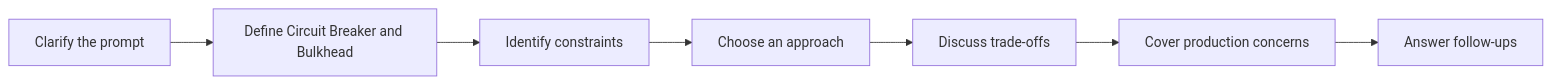
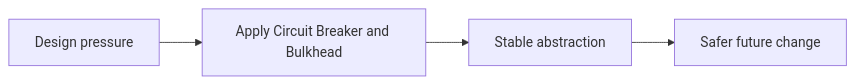
The fourth of 4 diagrams in fundamentals/patterns/circuit-breaker/index.md (abstractinterviews/abstractinterviews.github.io), drawn with Mermaid before and after one commit. The commit also changed other lines of this file and 278 other files, not shown here.

````diff
--- a/fundamentals/patterns/circuit-breaker/index.md
+++ b/fundamentals/patterns/circuit-breaker/index.md
@@ -96,9 +139,6 @@
-~~~mermaid
+```mermaid
 flowchart LR
-    A["Clarify the prompt"] --> B["Define Circuit Breaker and Bulkhead"]
-    B --> C["Identify constraints"]
-    C --> D["Choose an approach"]
-    D --> E["Discuss trade-offs"]
-    E --> F["Cover production concerns"]
-    F --> G["Answer follow-ups"]
-~~~
+    Smell["Design pressure"] --> Pattern["Apply Circuit Breaker and Bulkhead"]
+    Pattern --> Boundary["Stable abstraction"]
+    Boundary --> Change["Safer future change"]
+```
````
